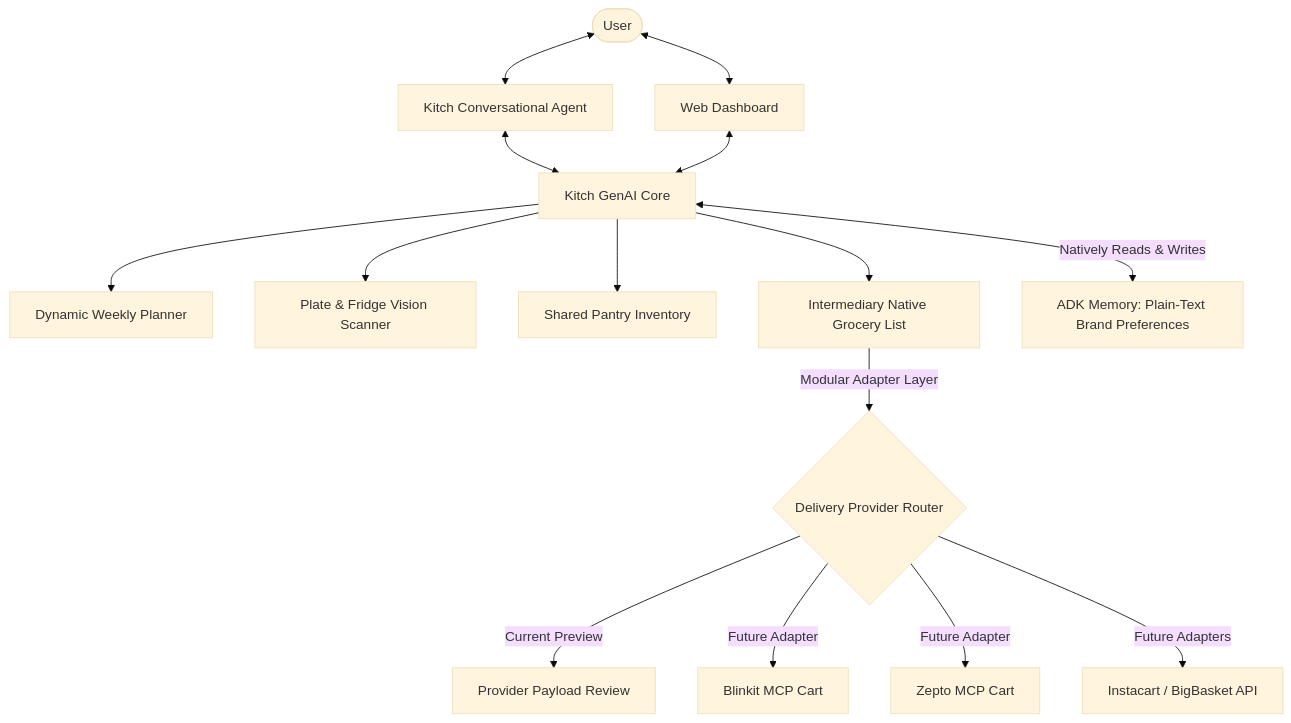
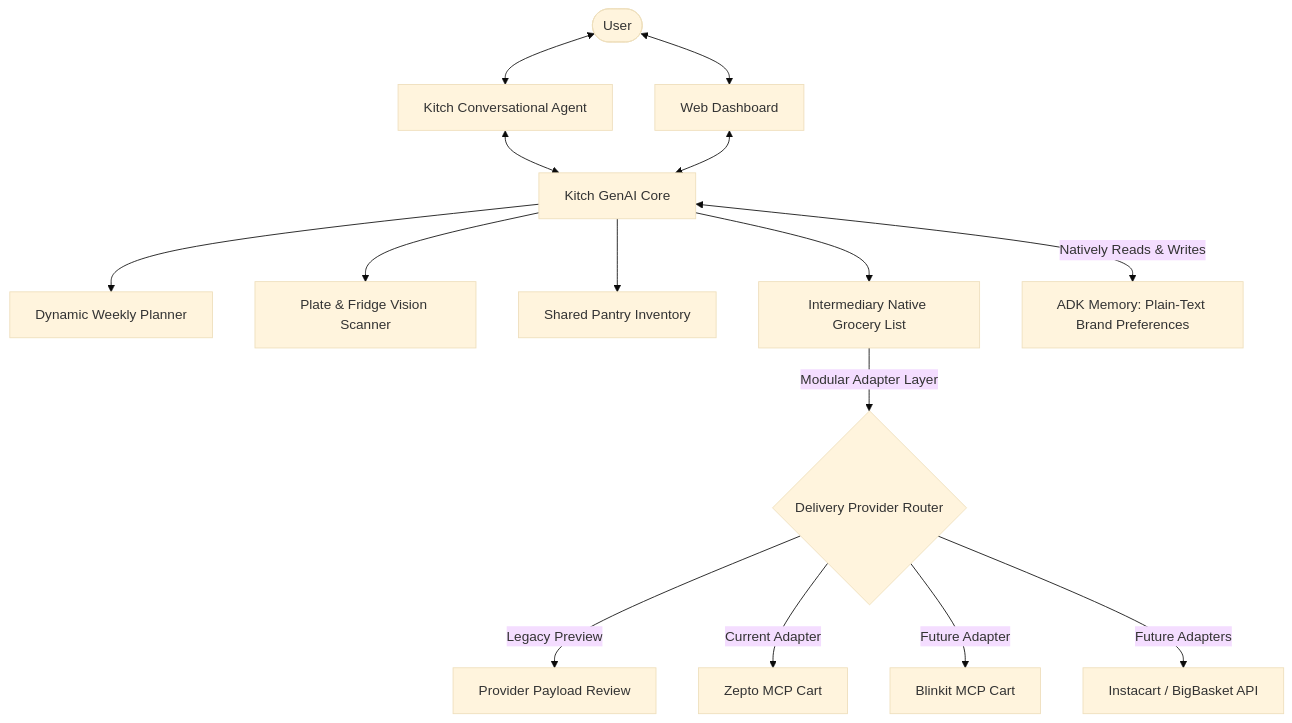
Before and after one commit to architworks/meal_and_grocery_agent: the first of 2 diagrams in docs/vision_and_requirements.md, drawn with Mermaid (base theme). The commit also changed other lines of this file and 16 other files, not shown here.

First line of the commit message:
Implement native grocery cart and Zepto MCP sync flow

````diff
--- a/docs/vision_and_requirements.md
+++ b/docs/vision_and_requirements.md
@@ -21,19 +21,19 @@
 ```mermaid
 graph TD
     User([User]) <--> ChatAgent[Kitch Conversational Agent]
     User <--> WebDash[Web Dashboard]
     ChatAgent <--> CoreAI[Kitch GenAI Core]
     WebDash <--> CoreAI
     
     CoreAI --> Planner[Dynamic Weekly Planner]
     CoreAI --> VisionEngine[Plate & Fridge Vision Scanner]
     CoreAI --> PantryStock[Shared Pantry Inventory]
     CoreAI --> NativeList[Intermediary Native Grocery List]
     CoreAI <-->|Natively Reads & Writes| BrandPref[ADK Memory: Plain-Text Brand Preferences]
     
     NativeList -->|Modular Adapter Layer| DeliveryRouter{Delivery Provider Router}
-    DeliveryRouter -->|Current Preview| ProviderPayload[Provider Payload Review]
+    DeliveryRouter -->|Legacy Preview| ProviderPayload[Provider Payload Review]
+    DeliveryRouter -->|Current Adapter| ZeptoMCP[Zepto MCP Cart]
     DeliveryRouter -->|Future Adapter| BlinkitMCP[Blinkit MCP Cart]
-    DeliveryRouter -->|Future Adapter| ZeptoMCP[Zepto MCP Cart]
     DeliveryRouter -->|Future Adapters| OtherAPI[Instacart / BigBasket API]
 ```
````
